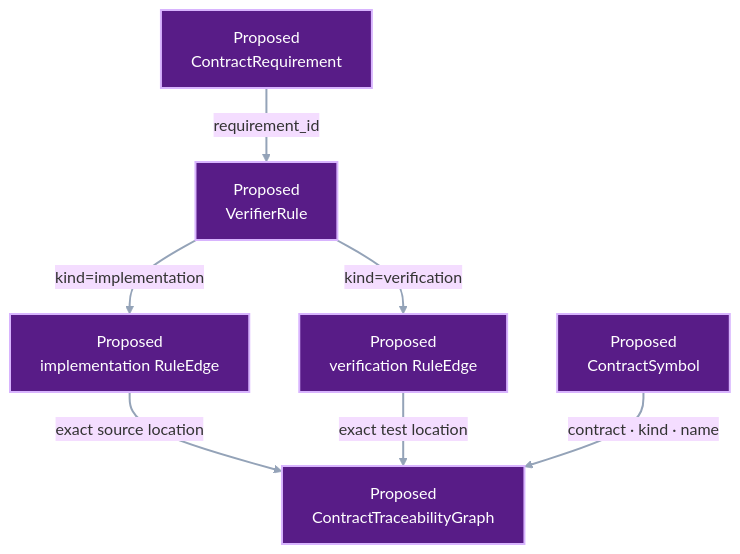
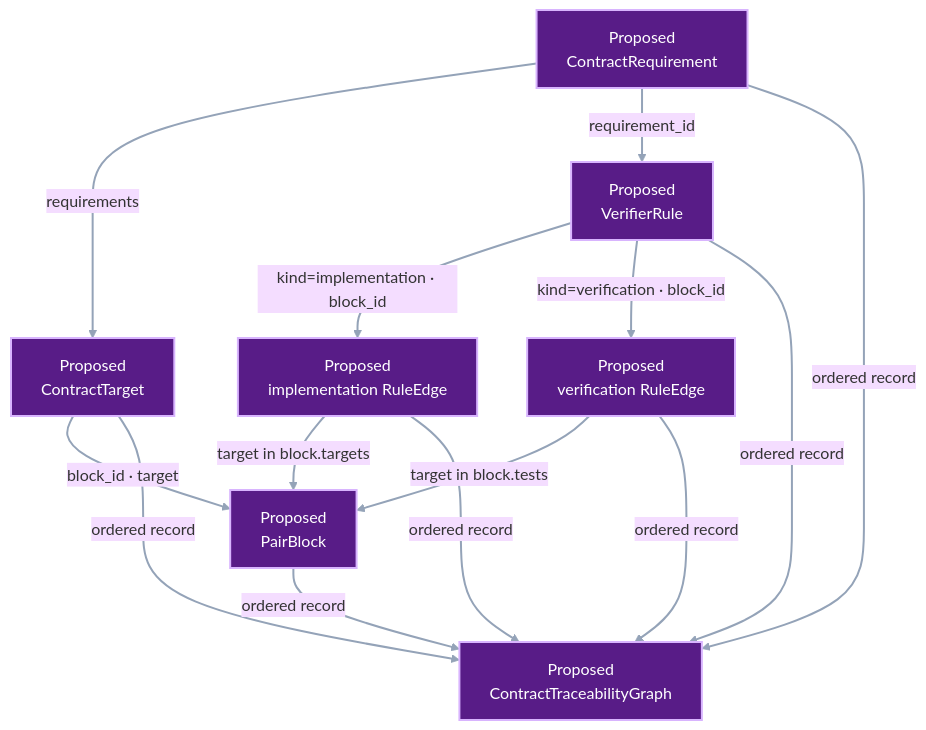
One commit to pvd232/viper changed the second of 3 diagrams in docs/development/contract-traceability.md. Above: the diagram before and after it, drawn with Mermaid (base theme). The commit also changed other lines of this file and 11 other files, not shown here.

````diff
--- a/docs/development/contract-traceability.md
+++ b/docs/development/contract-traceability.md
@@ -166,20 +179,28 @@
 ```mermaid
 flowchart TD
     Requirement["Proposed<br/>ContractRequirement"]
+    Target["Proposed<br/>ContractTarget"]
     Rule["Proposed<br/>VerifierRule"]
     Owner["Proposed<br/>implementation RuleEdge"]
     Test["Proposed<br/>verification RuleEdge"]
-    Symbol["Proposed<br/>ContractSymbol"]
+    Block["Proposed<br/>PairBlock"]
     Graph["Proposed<br/>ContractTraceabilityGraph"]
 
+    Requirement -->|"requirements"| Target
     Requirement -->|"requirement_id"| Rule
-    Rule -->|"kind=implementation"| Owner
-    Rule -->|"kind=verification"| Test
-    Owner -->|"exact source location"| Graph
-    Test -->|"exact test location"| Graph
-    Symbol -->|"contract · kind · name"| Graph
+    Target -->|"block_id · target"| Block
+    Rule -->|"kind=implementation · block_id"| Owner
+    Rule -->|"kind=verification · block_id"| Test
+    Owner -->|"target in block.targets"| Block
+    Test -->|"target in block.tests"| Block
+    Requirement -->|"ordered record"| Graph
+    Target -->|"ordered record"| Graph
+    Rule -->|"ordered record"| Graph
+    Owner -->|"ordered record"| Graph
+    Test -->|"ordered record"| Graph
+    Block -->|"ordered record"| Graph
 
-    class Requirement,Rule,Owner,Test,Symbol,Graph proposed
+    class Requirement,Target,Rule,Owner,Test,Block,Graph proposed
     classDef proposed fill:#581c87,stroke:#d8b4fe,color:#ffffff,stroke-width:2px
     linkStyle default stroke:#94a3b8,stroke-width:2px
 ```
````
